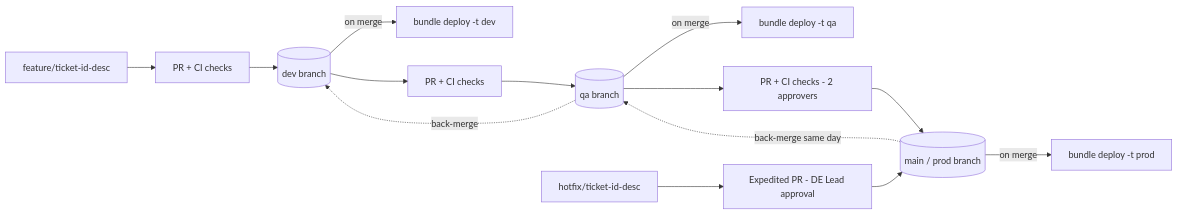
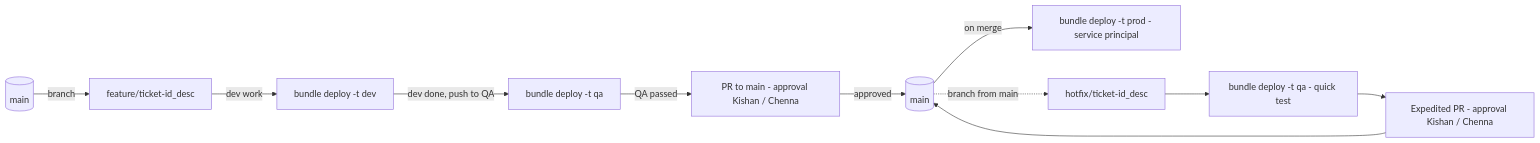
The diagram in cicd-diagram.mmd (KishanPatel25/DE-STANDARDS), drawn with Mermaid before and after one commit. The commit also changed 1 other file, not shown here.

```diff
--- a/cicd-diagram.mmd
+++ b/cicd-diagram.mmd
@@ -1,10 +1,11 @@
 flowchart LR
-  FEAT[feature/ticket-id-desc] --> CI1[PR + CI checks] --> DEV[(dev branch)]
-  DEV -->|on merge| DDEV[bundle deploy -t dev]
-  DEV --> CI2[PR + CI checks] --> QA[(qa branch)]
-  QA -->|on merge| DQA[bundle deploy -t qa]
-  QA --> CI3[PR + CI checks - 2 approvers] --> MAIN[(main / prod branch)]
-  MAIN -->|on merge| DPROD[bundle deploy -t prod]
-  HOTFIX[hotfix/ticket-id-desc] --> CI4[Expedited PR - DE Lead approval] --> MAIN
-  MAIN -.back-merge same day.-> QA
-  QA -.back-merge.-> DEV
+  MAIN0[(main)] -->|branch| FEAT[feature/ticket-id_desc]
+  FEAT -->|dev work| DEV[bundle deploy -t dev]
+  DEV -->|dev done, push to QA| QA[bundle deploy -t qa]
+  QA -->|QA passed| PR[PR to main - approval Kishan / Chenna]
+  PR -->|approved| MAIN1[(main)]
+  MAIN1 -->|on merge| PROD[bundle deploy -t prod - service principal]
+  MAIN1 -.branch from main.-> HOT[hotfix/ticket-id_desc]
+  HOT --> HQA[bundle deploy -t qa - quick test]
+  HQA --> HPR[Expedited PR - approval Kishan / Chenna]
+  HPR --> MAIN1
```
